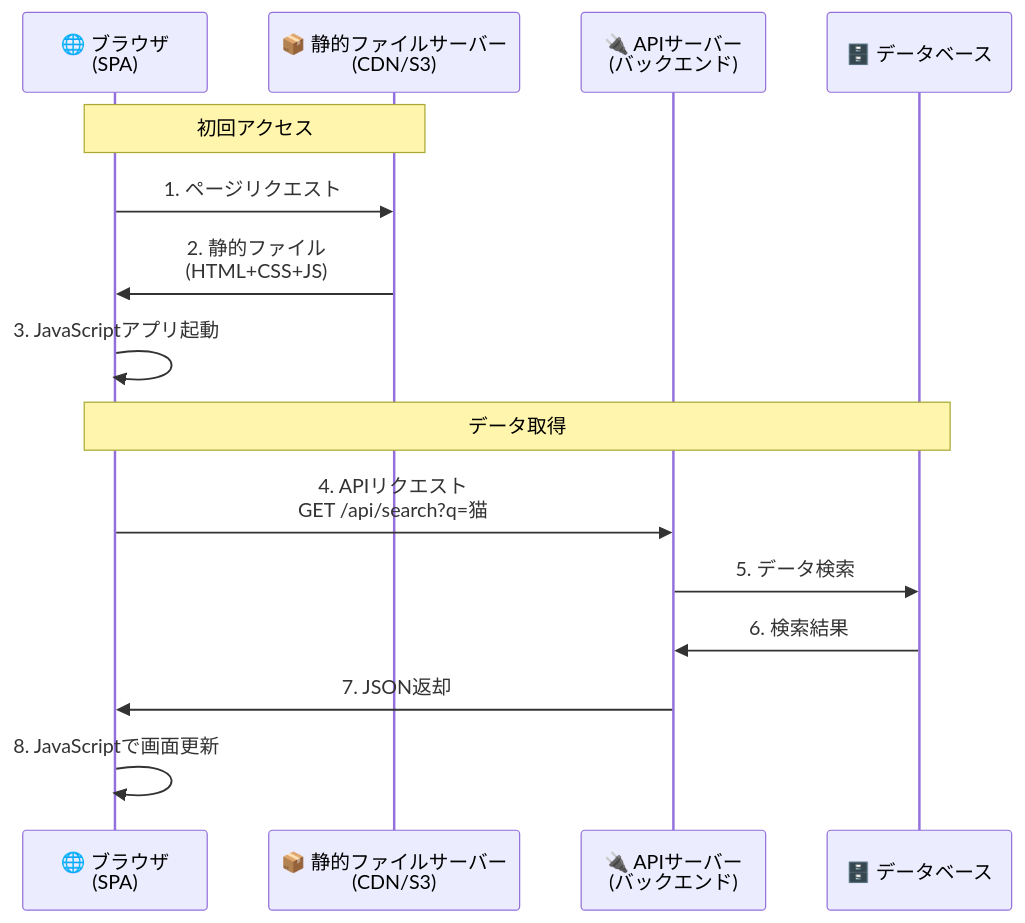
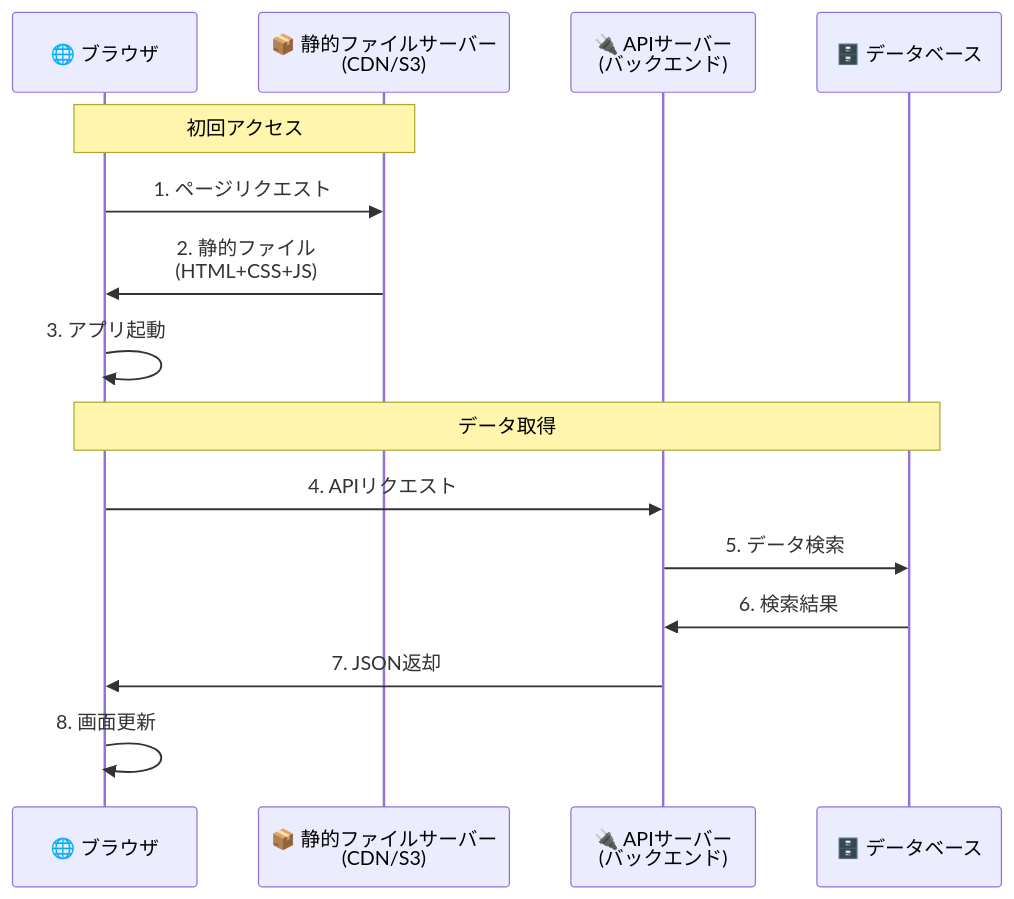
The eighth of 10 diagrams in docs/src/web-basics/index.md (im-sts-miyamoto/mkdocs), drawn with Mermaid before and after one commit. The commit also changed other lines of this file, not shown here.

````diff
--- a/docs/src/web-basics/index.md
+++ b/docs/src/web-basics/index.md
@@ -193,19 +479,19 @@
     ```mermaid
     sequenceDiagram
-        participant Browser as 🌐 ブラウザ<br/>(SPA)
+        participant Browser as 🌐 ブラウザ
         participant CDN as 📦 静的ファイルサーバー<br/>(CDN/S3)
         participant API as 🔌 APIサーバー<br/>(バックエンド)
         participant DB as 🗄️ データベース
 
         Note over Browser,CDN: 初回アクセス
         Browser->>CDN: 1. ページリクエスト
         CDN->>Browser: 2. 静的ファイル<br/>(HTML+CSS+JS)
-        Browser->>Browser: 3. JavaScriptアプリ起動
+        Browser->>Browser: 3. アプリ起動
 
         Note over Browser,DB: データ取得
-        Browser->>API: 4. APIリクエスト<br/>GET /api/search?q=猫
+        Browser->>API: 4. APIリクエスト
         API->>DB: 5. データ検索
         DB->>API: 6. 検索結果
         API->>Browser: 7. JSON返却
-        Browser->>Browser: 8. JavaScriptで画面更新
+        Browser->>Browser: 8. 画面更新
     ```
````
